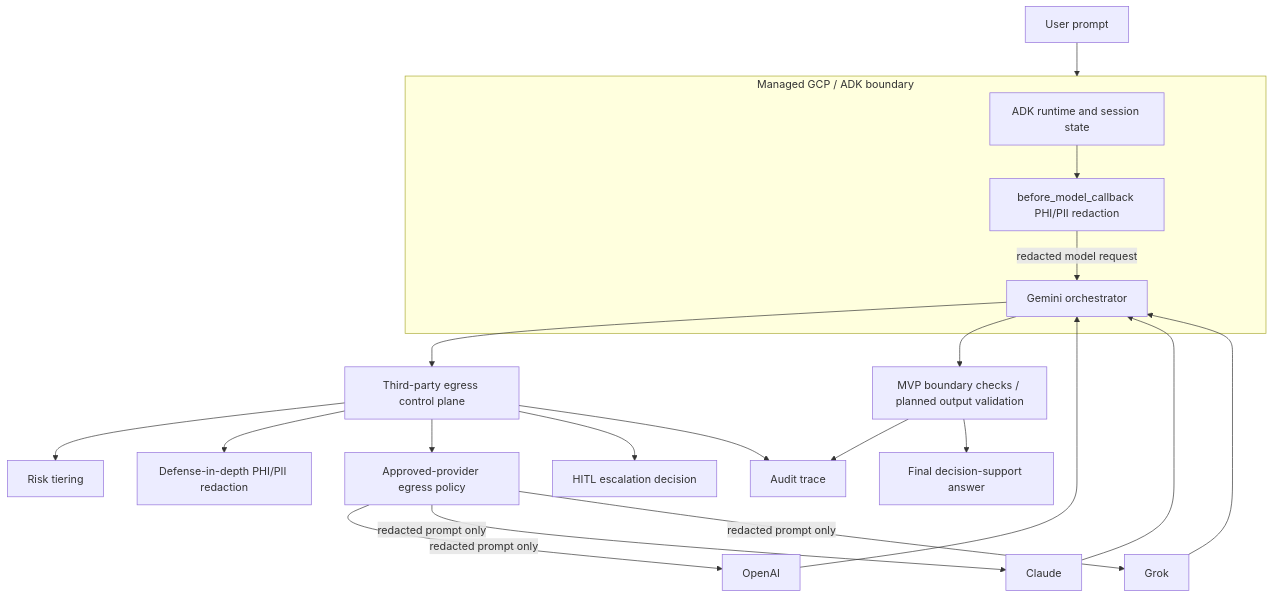
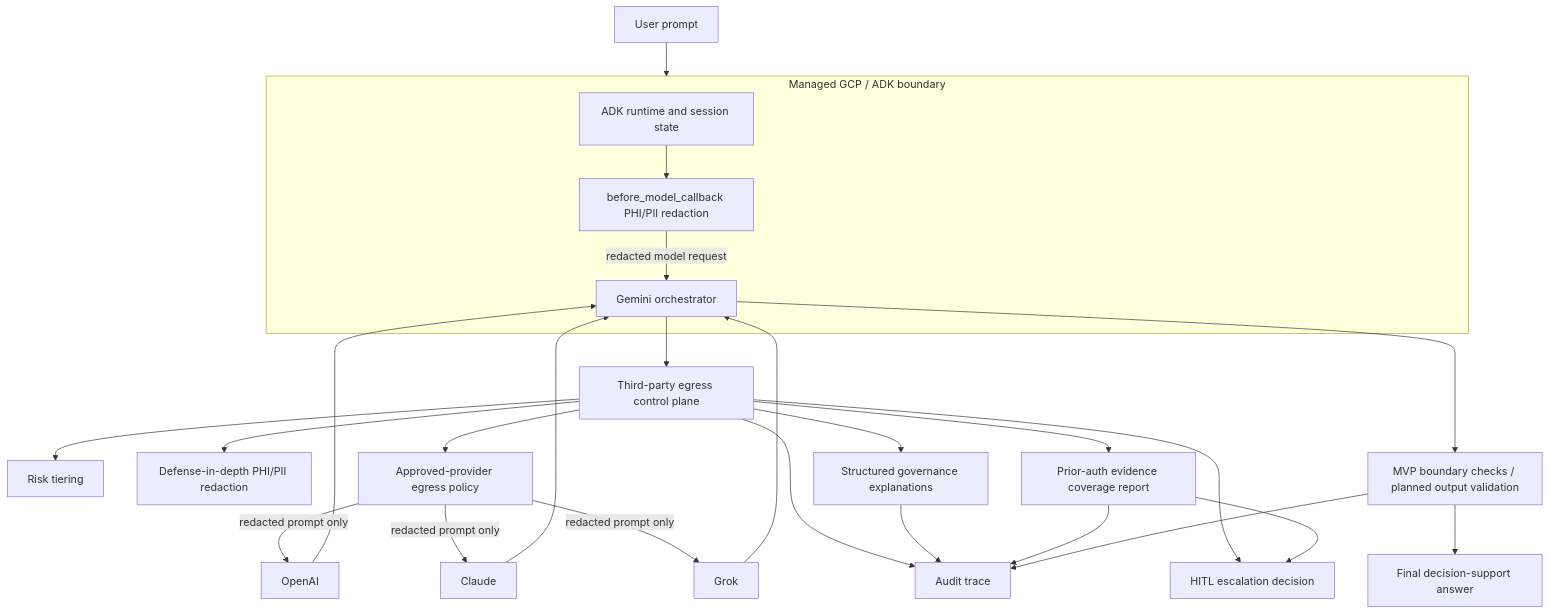
Before and after one commit to acblabs/multi_llm: the diagram in docs/architecture.md, drawn with Mermaid. The commit also changed other lines of this file and 15 other files, not shown here.

Commit message:
Implement prior auth evidence coverage

````diff
--- a/docs/architecture.md
+++ b/docs/architecture.md
@@ -3,26 +3,31 @@
 ```mermaid
 flowchart TD
     U[User prompt] --> BAA
     subgraph BAA[Managed GCP / ADK boundary]
         ADK[ADK runtime and session state]
         PR[before_model_callback PHI/PII redaction]
         GEM[Gemini orchestrator]
         ADK --> PR
         PR -->|redacted model request| GEM
     end
     GEM --> G[Third-party egress control plane]
     G --> R[Risk tiering]
     G --> P[Defense-in-depth PHI/PII redaction]
     G --> E[Approved-provider egress policy]
+    G --> EX[Structured governance explanations]
+    G --> EC[Prior-auth evidence coverage report]
     G --> H[HITL escalation decision]
     G --> A[Audit trace]
+    EX --> A
+    EC --> A
+    EC --> H
     E -->|redacted prompt only| O[OpenAI]
     E -->|redacted prompt only| C[Claude]
     E -->|redacted prompt only| X[Grok]
     O --> GEM
     C --> GEM
     X --> GEM
     GEM --> V[MVP boundary checks / planned output validation]
     V --> A
     V --> F[Final decision-support answer]
 ```
````
